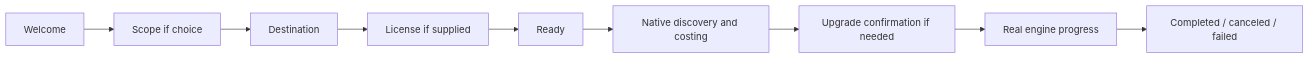
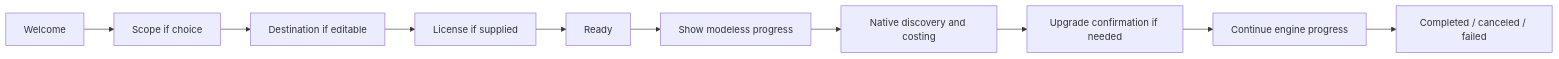
Before and after one commit to kiforsbe/winbuildtools: the diagram in msi/README.md, drawn with Mermaid. The commit also changed other lines of this file and 12 other files, not shown here.

Commit message:
Fix native MSI wizard flow and completion behavior

````diff
--- a/msi/README.md
+++ b/msi/README.md
@@ -171,11 +171,12 @@
 ```mermaid
 flowchart LR
     Welcome --> Scope[Scope if choice]
-    Scope --> Options[Destination]
+    Scope --> Options[Destination if editable]
     Options --> License[License if supplied]
     License --> Ready
-    Ready --> Cost[Native discovery and costing]
+    Ready --> Prepare[Show modeless progress]
+    Prepare --> Cost[Native discovery and costing]
     Cost --> Upgrade[Upgrade confirmation if needed]
-    Upgrade --> Progress[Real engine progress]
+    Upgrade --> Progress[Continue engine progress]
     Progress --> Result[Completed / canceled / failed]
 ```
````
